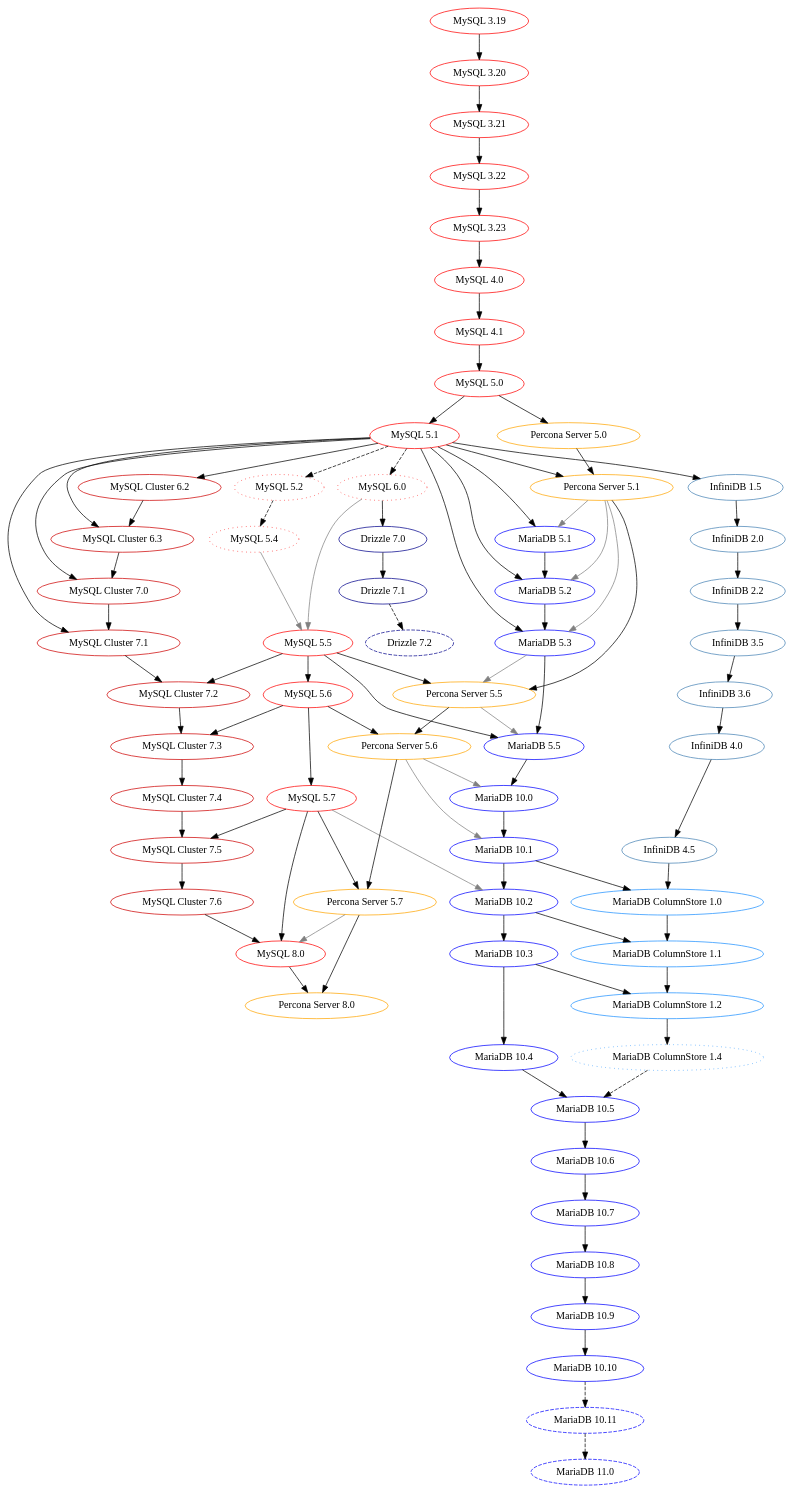
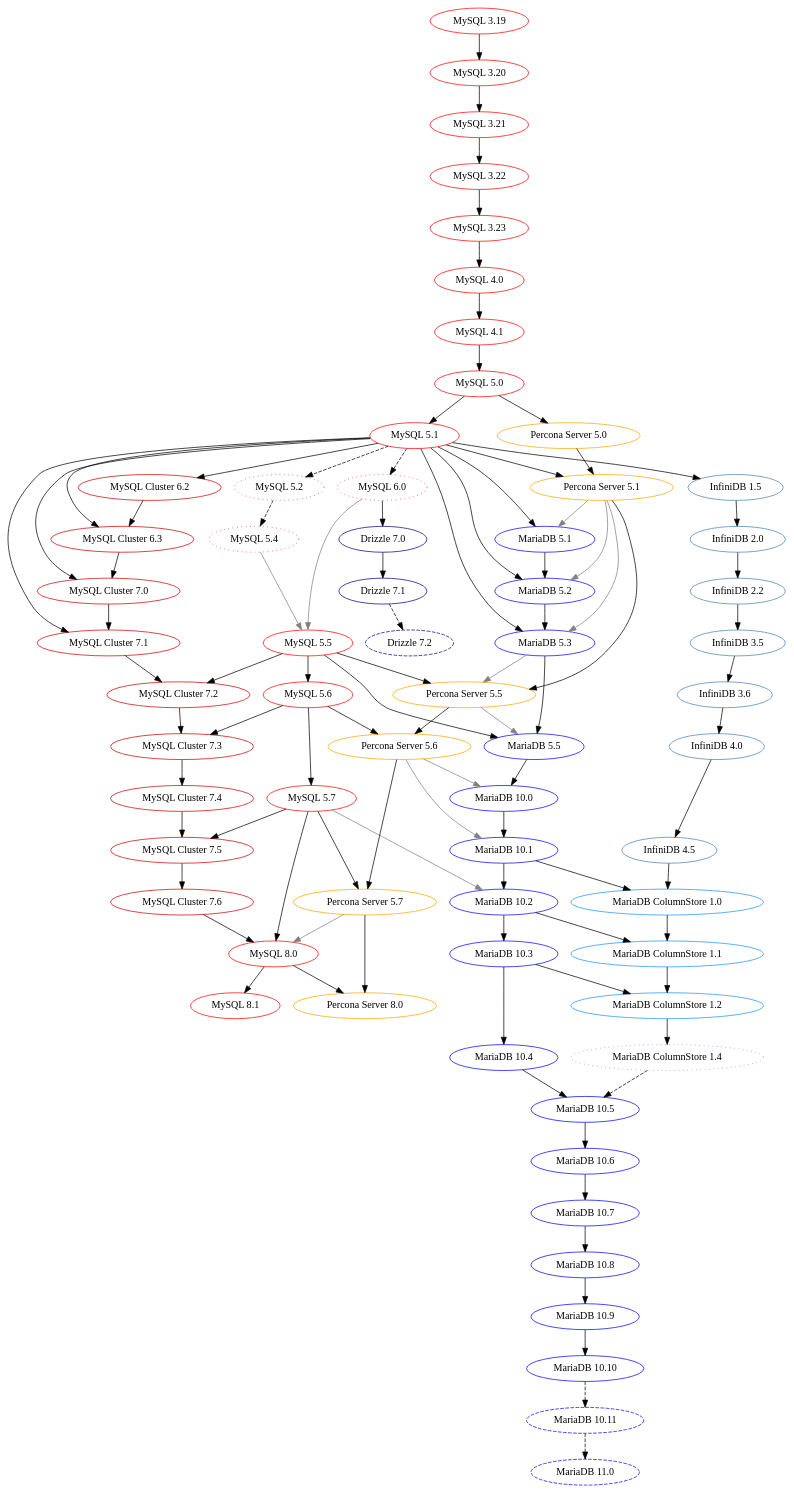
Before and after one commit to dveeden/mysql-history-graph: the diagram in mysql-history-graph.dot, drawn with Graphviz. The commit also changed 2 other files, not shown here.

Commit message:
Add MySQL 8.1

```diff
--- a/mysql-history-graph.dot
+++ b/mysql-history-graph.dot
@@ -27,6 +27,7 @@
 	"MySQL 5.6" [color="red"];
 	"MySQL 5.7" [color="red"];
 	"MySQL 8.0" [color="red"];
+	"MySQL 8.1" [color="red"];
 	"MySQL 3.19" -> "MySQL 3.20";
 	"MySQL 3.20" -> "MySQL 3.21";
 	"MySQL 3.21" -> "MySQL 3.22";
@@ -40,6 +41,7 @@
 	"MySQL 5.5" -> "MySQL 5.6";
 	"MySQL 5.6" -> "MySQL 5.7";
 	"MySQL 5.7" -> "MySQL 8.0";
+	"MySQL 8.0" -> "MySQL 8.1";
 	"MySQL Cluster 7.6" -> "MySQL 8.0";
 
 	/* MySQL/Sun/Oracle non-GA */	
```
